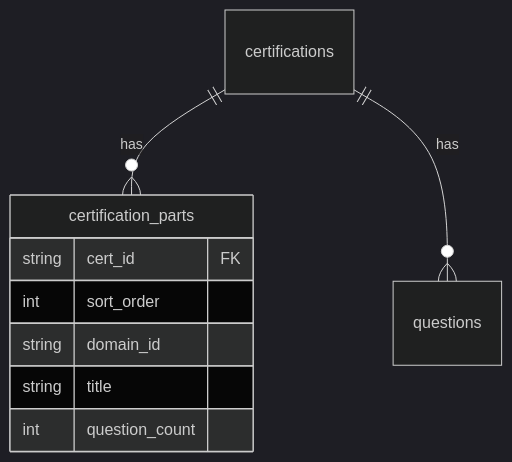
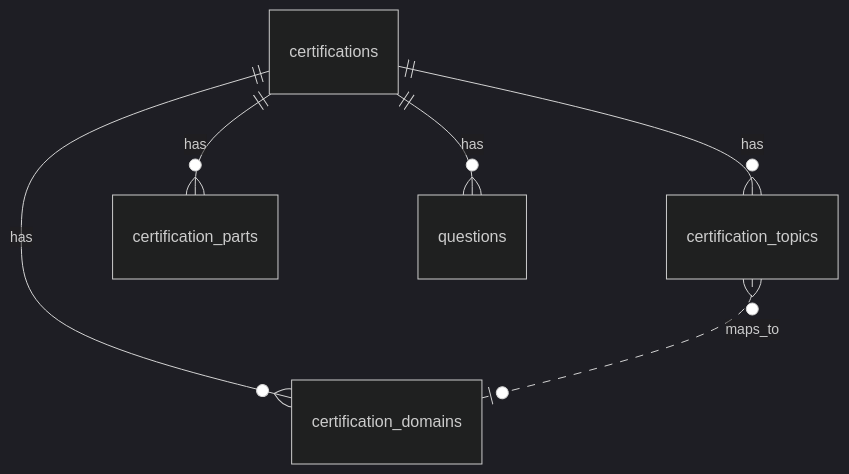
The diagram in docs/database.md (dangkhoipham80/practice_certificate), drawn with Mermaid (dark theme) before and after one commit. The commit also changed other lines of this file and 49 other files, not shown here.

````diff
--- a/docs/database.md
+++ b/docs/database.md
@@ -53,12 +79,8 @@
 ```mermaid
 erDiagram
+  certifications ||--o{ certification_domains : has
+  certifications ||--o{ certification_topics : has
   certifications ||--o{ certification_parts : has
   certifications ||--o{ questions : has
-  certification_parts {
-    string cert_id FK
-    int sort_order
-    string domain_id
-    string title
-    int question_count
-  }
+  certification_topics }o..o| certification_domains : maps_to
 ```
````
